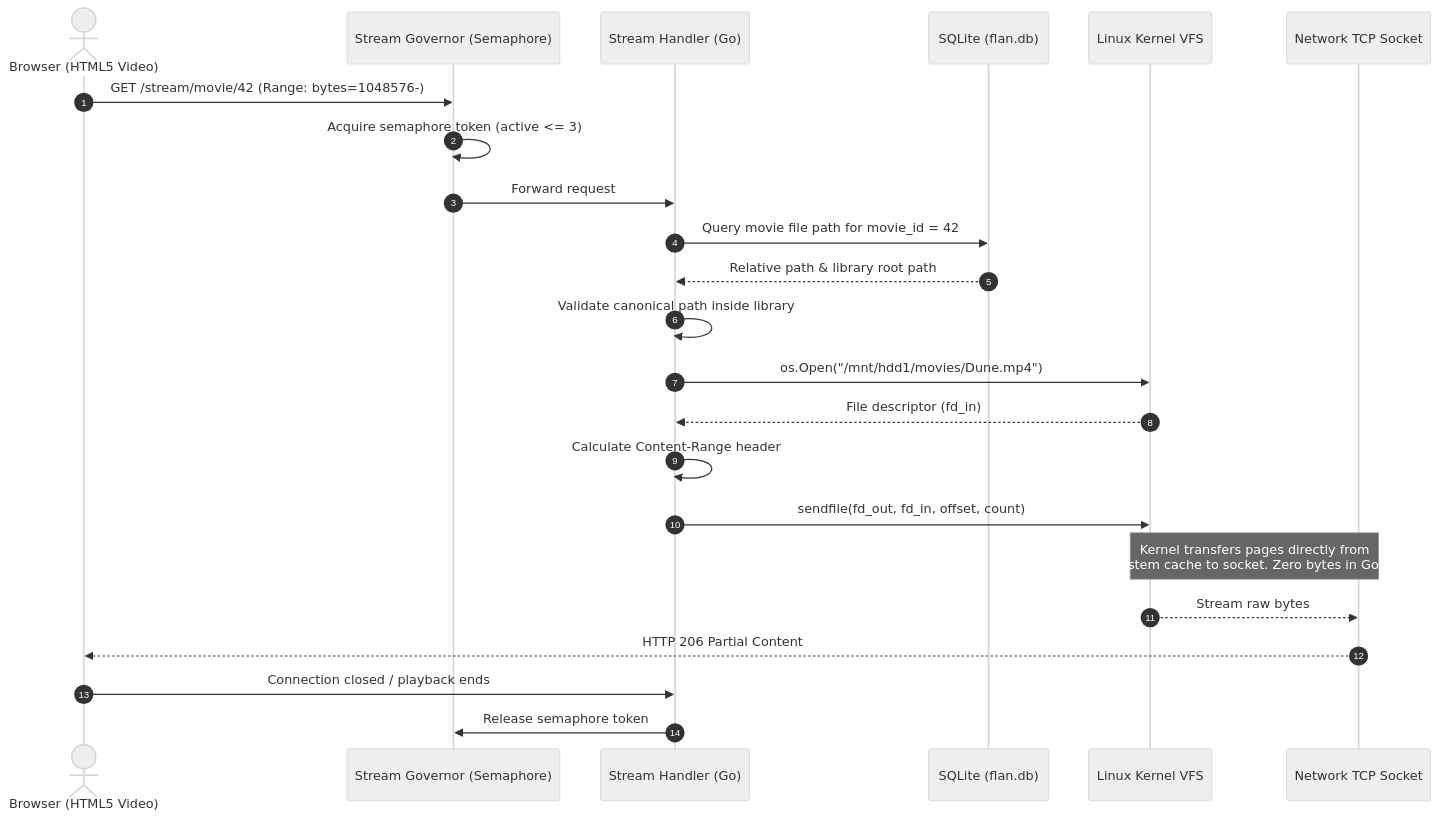
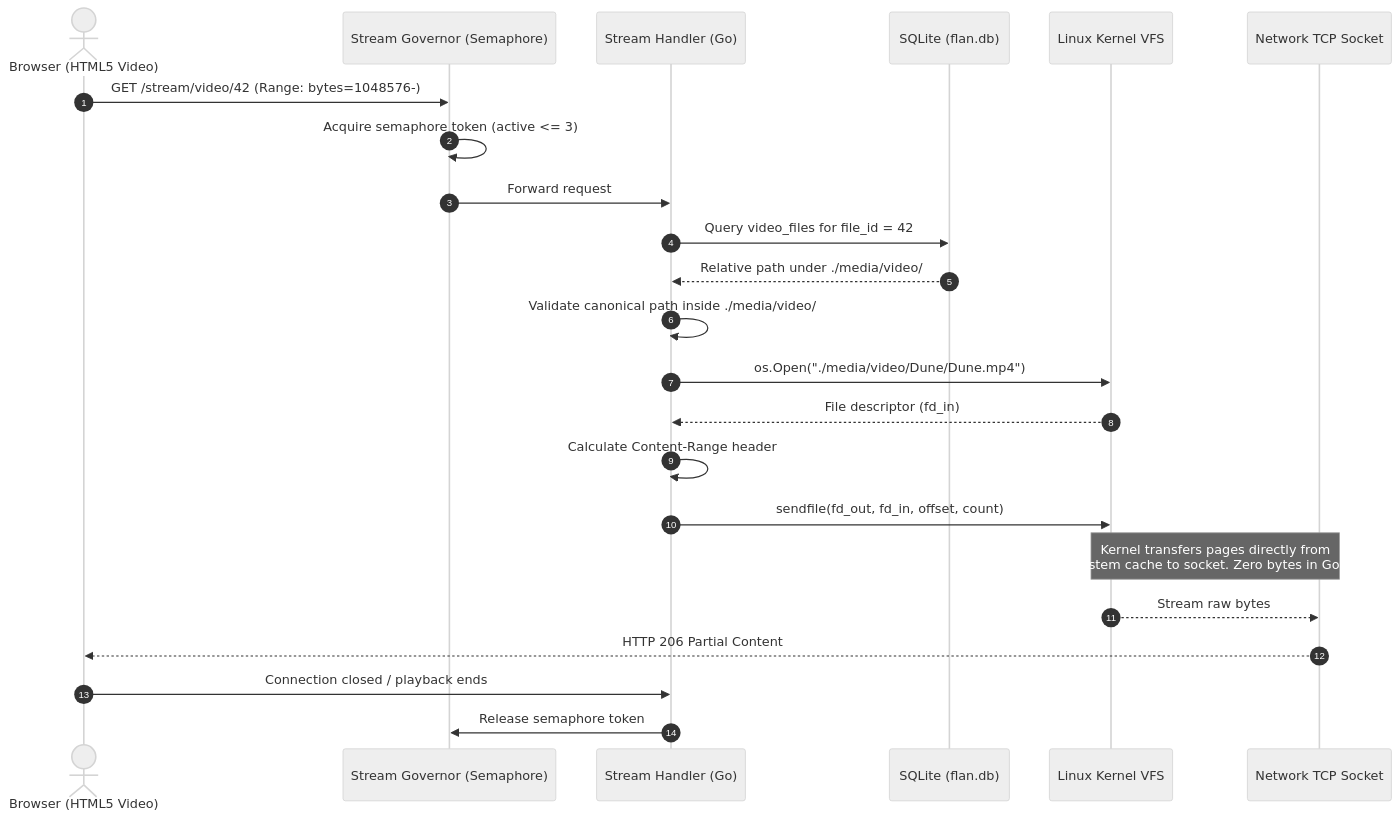
One commit to WesleyEsq/Flan-Media-Server changed the third of 6 diagrams in docs/diagrams/data-flow.md. Above: the diagram before and after it, drawn with Mermaid (neutral theme). The commit also changed other lines of this file and 14 other files, not shown here.

````diff
--- a/docs/diagrams/data-flow.md
+++ b/docs/diagrams/data-flow.md
@@ -98,26 +93,26 @@
 ```mermaid
 sequenceDiagram
     autonumber
     actor Client as Browser (HTML5 Video)
     participant Gov as Stream Governor (Semaphore)
     participant Handler as Stream Handler (Go)
     participant DB as SQLite (flan.db)
     participant VFS as Linux Kernel VFS
     participant Socket as Network TCP Socket
 
-    Client->>Gov: GET /stream/movie/42 (Range: bytes=1048576-)
+    Client->>Gov: GET /stream/video/42 (Range: bytes=1048576-)
     Gov->>Gov: Acquire semaphore token (active <= 3)
     Gov->>Handler: Forward request
-    Handler->>DB: Query movie file path for movie_id = 42
-    DB-->>Handler: Relative path & library root path
-    Handler->>Handler: Validate canonical path inside library
-    Handler->>VFS: os.Open("/mnt/hdd1/movies/Dune.mp4")
+    Handler->>DB: Query video_files for file_id = 42
+    DB-->>Handler: Relative path under ./media/video/
+    Handler->>Handler: Validate canonical path inside ./media/video/
+    Handler->>VFS: os.Open("./media/video/Dune/Dune.mp4")
     VFS-->>Handler: File descriptor (fd_in)
     Handler->>Handler: Calculate Content-Range header
     Handler->>VFS: sendfile(fd_out, fd_in, offset, count)
     Note over VFS,Socket: Kernel transfers pages directly from<br/>filesystem cache to socket. Zero bytes in Go RAM.
     VFS-->>Socket: Stream raw bytes
     Socket-->>Client: HTTP 206 Partial Content
     Client->>Handler: Connection closed / playback ends
     Handler->>Gov: Release semaphore token
 ```
````
